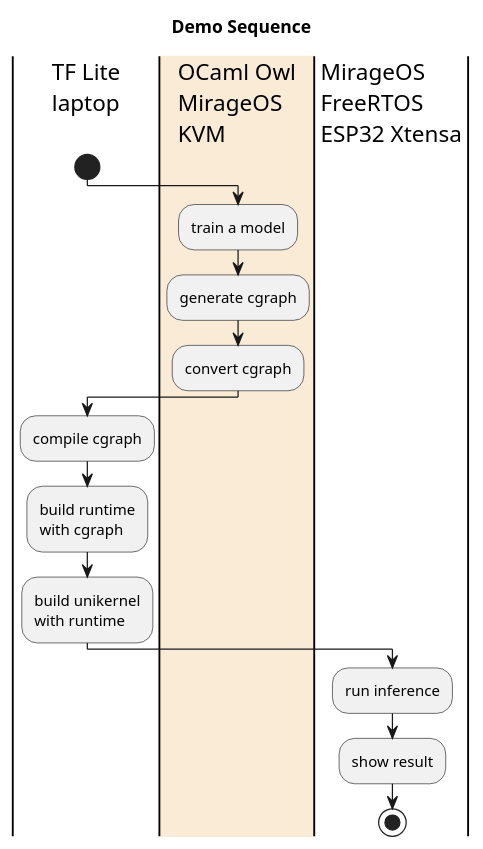
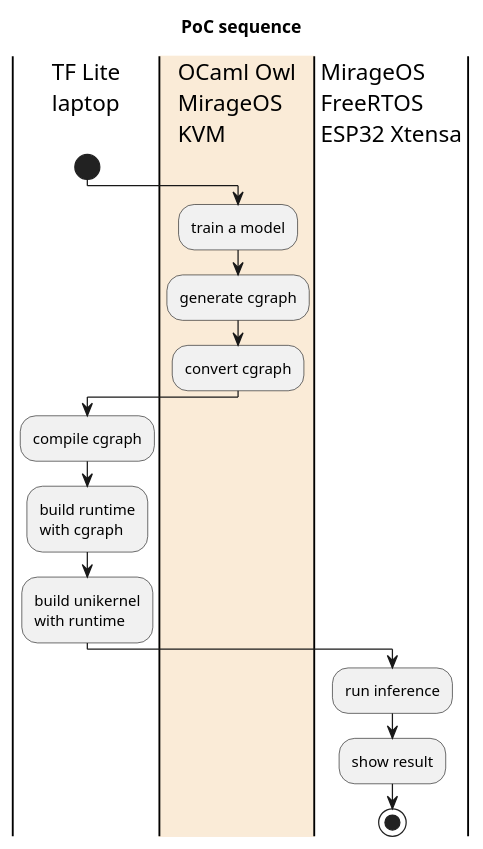
The diagram in demo-ac.puml (doyu/elc2019), drawn with PlantUML before and after one commit. The commit also changed 8 other files, not shown here.

```diff
--- a/demo-ac.puml
+++ b/demo-ac.puml
@@ -1,17 +1,17 @@
 @startuml
-title Demo Sequence
+title PoC sequence
 |TF Lite\nlaptop|
 start
 |#AntiqueWhite|OCaml Owl\nMirageOS\nKVM|
 :train a model;
 :generate cgraph;
 :convert cgraph;
 |TF Lite\nlaptop|
 :compile cgraph;
 :build runtime\nwith cgraph;
 :build unikernel\nwith runtime;
 |MirageOS\nFreeRTOS\nESP32 Xtensa|
 :run inference;
 :show result;
 stop
 @enduml
```
